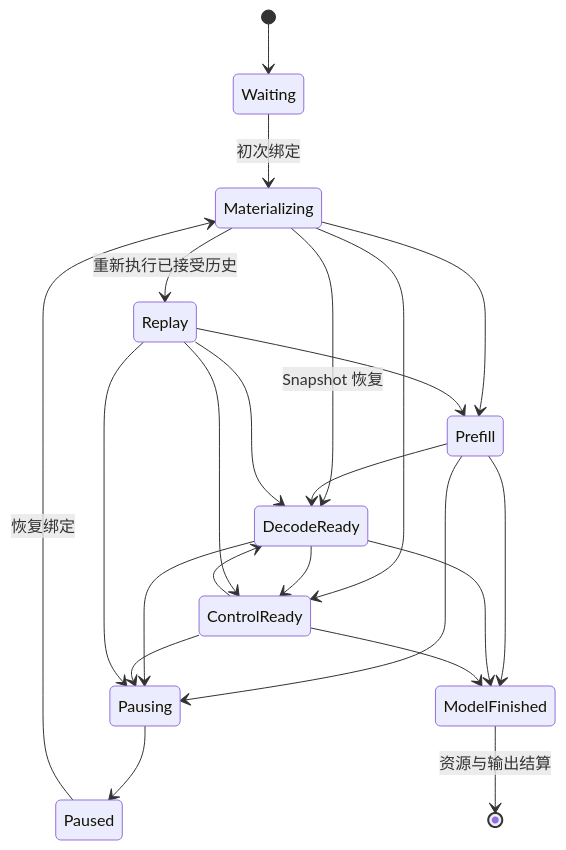
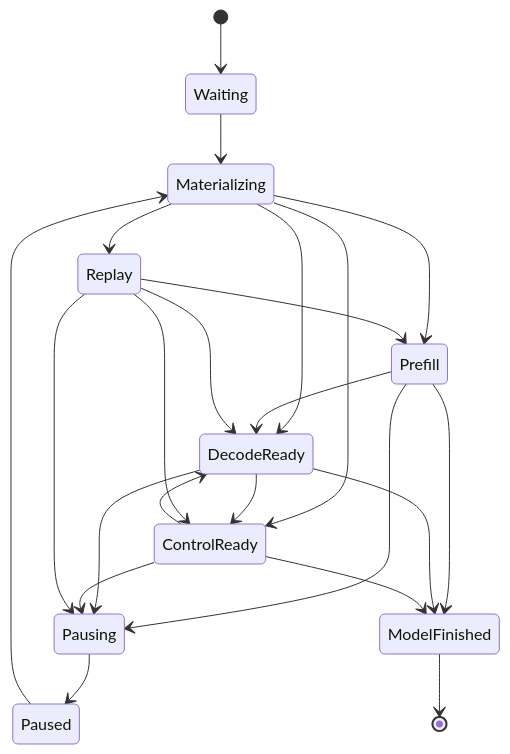
One commit to igorls/ninfer changed the third of 3 diagrams in docs/maintainer/engine-architecture.md. Above: the diagram before and after it, drawn with Mermaid. The commit also changed other lines of this file and 484 other files, not shown here.

````diff
--- a/docs/maintainer/engine-architecture.md
+++ b/docs/maintainer/engine-architecture.md
@@ -254,25 +220,25 @@
 ```mermaid
 stateDiagram-v2
     [*] --> Waiting
-    Waiting --> Materializing: 初次绑定
+    Waiting --> Materializing
     Materializing --> Prefill
-    Materializing --> Replay: 重新执行已接受历史
-    Materializing --> DecodeReady: Snapshot 恢复
+    Materializing --> Replay
+    Materializing --> DecodeReady
     Materializing --> ControlReady
     Prefill --> DecodeReady
     DecodeReady --> ControlReady
     ControlReady --> DecodeReady
     Replay --> Prefill
     Replay --> DecodeReady
     Replay --> ControlReady
     Prefill --> Pausing
     DecodeReady --> Pausing
     ControlReady --> Pausing
     Replay --> Pausing
     Pausing --> Paused
-    Paused --> Materializing: 恢复绑定
+    Paused --> Materializing
     Prefill --> ModelFinished
     DecodeReady --> ModelFinished
     ControlReady --> ModelFinished
-    ModelFinished --> [*]: 资源与输出结算
+    ModelFinished --> [*]
 ```
````
